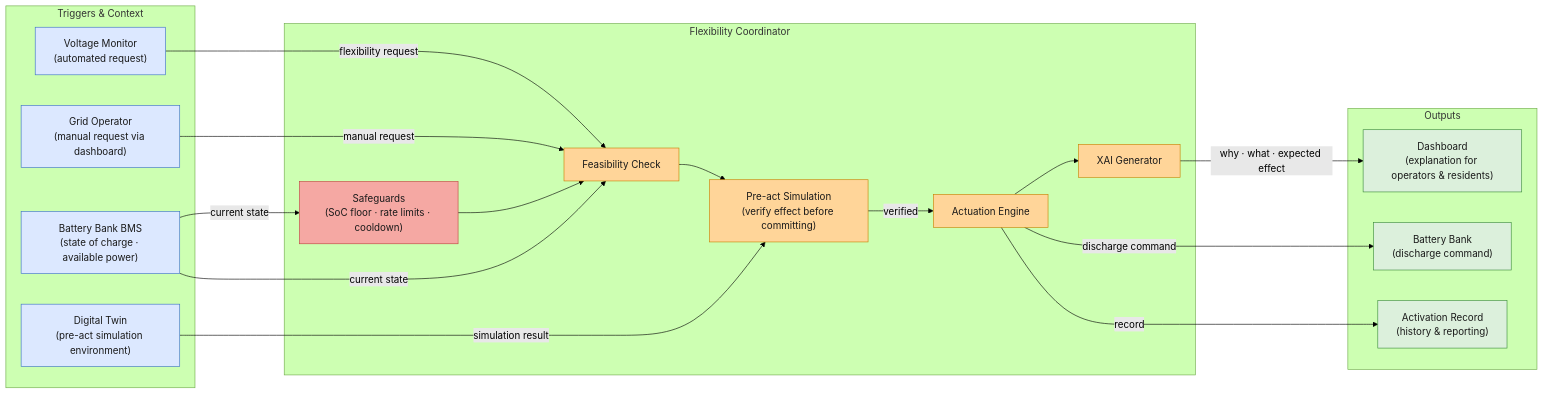
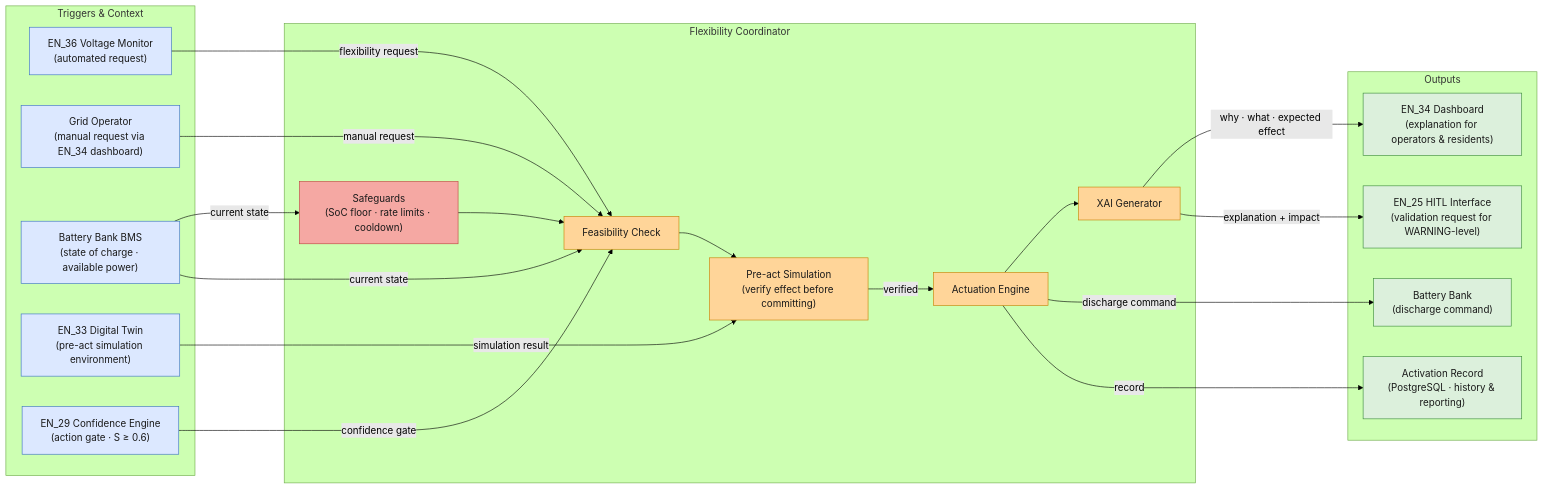
The third of 4 diagrams in Sa4CPS/D4.3 Designs of the technical enablers for status, projections and actions.md (rafaeldpsilva/sa4cps-vault), drawn with Mermaid (forest theme) before and after one commit. The commit also changed other lines of this file, not shown here.

````diff
--- a/Sa4CPS/D4.3 Designs of the technical enablers for status, projections and actions.md
+++ b/Sa4CPS/D4.3 Designs of the technical enablers for status, projections and actions.md
@@ -151,44 +160,48 @@
 ```mermaid
 flowchart LR
 
     classDef src   fill:#dce8ff,stroke:#3a6fc4,color:#1a1a1a
     classDef guard fill:#f5a8a3,stroke:#c04040,color:#1a1a1a
     classDef proc  fill:#ffd599,stroke:#c68000,color:#1a1a1a
     classDef dst   fill:#dcf0dc,stroke:#3a8a3a,color:#1a1a1a
 
     subgraph SRC["Triggers & Context"]
-        VM["Voltage Monitor\n(automated request)"]
-        OP["Grid Operator\n(manual request via dashboard)"]
+        VM["EN_36 Voltage Monitor\n(automated request)"]
+        OP["Grid Operator\n(manual request via EN_34 dashboard)"]
         BMS["Battery Bank BMS\n(state of charge · available power)"]
-        DT["Digital Twin\n(pre-act simulation environment)"]
+        DT["EN_33 Digital Twin\n(pre-act simulation environment)"]
+        GL["EN_29 Confidence Engine\n(action gate · S ≥ 0.6)"]
     end
 
     subgraph EN["Flexibility Coordinator"]
         SG["Safeguards\n(SoC floor · rate limits · cooldown)"]
         FC["Feasibility Check"]
         PS["Pre-act Simulation\n(verify effect before committing)"]
         AE["Actuation Engine"]
         XG["XAI Generator"]
         SG --> FC --> PS -->|verified| AE --> XG
     end
 
     subgraph DST["Outputs"]
         BAT["Battery Bank\n(discharge command)"]
-        DASH["Dashboard\n(explanation for operators & residents)"]
-        LOG["Activation Record\n(history & reporting)"]
+        DASH["EN_34 Dashboard\n(explanation for operators & residents)"]
+        HITL["EN_25 HITL Interface\n(validation request for WARNING-level)"]
+        LOG["Activation Record\n(PostgreSQL · history & reporting)"]
     end
 
     VM  -->|flexibility request| FC
     OP  -->|manual request| FC
     BMS -->|current state| SG
     BMS -->|current state| FC
     DT  -->|simulation result| PS
+    GL  -->|confidence gate| FC
     AE  -->|discharge command| BAT
     XG  -->|why · what · expected effect| DASH
+    XG  -->|explanation + impact| HITL
     AE  -->|record| LOG
 
-    class VM,OP,BMS,DT src
+    class VM,OP,BMS,DT,GL src
     class SG guard
     class FC,PS,AE,XG proc
-    class BAT,DASH,LOG dst
+    class BAT,DASH,HITL,LOG dst
 ```
````
